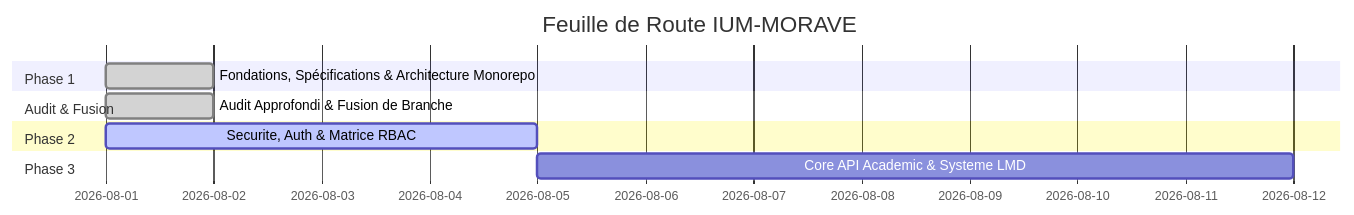
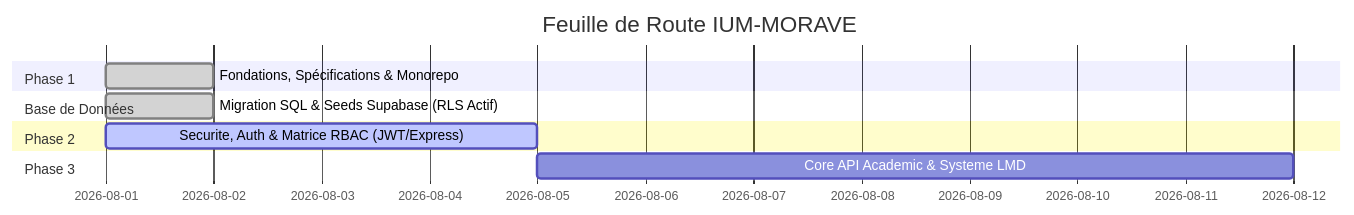
One commit to Adolphechris/IUM-MORAVE changed the diagram in TODO.md. Above: the diagram before and after it, drawn with Mermaid. The commit also changed other lines of this file, not shown here.

Commit message:
docs(db): confirmation du déploiement des migrations SQL et seeds sur Supabase avec RLS actif

````diff
--- a/TODO.md
+++ b/TODO.md
@@ -10,13 +10,13 @@
 ```mermaid
 gantt
     title Feuille de Route IUM-MORAVE
     dateFormat  YYYY-MM-DD
     section Phase 1
-    Fondations, Spécifications & Architecture Monorepo :done, 2026-08-01, 1d
-    section Audit & Fusion
-    Audit Approfondi & Fusion de Branche             :done, 2026-08-01, 1d
+    Fondations, Spécifications & Monorepo             :done, 2026-08-01, 1d
+    section Base de Données
+    Migration SQL & Seeds Supabase (RLS Actif)        :done, 2026-08-01, 1d
     section Phase 2
-    Securite, Auth & Matrice RBAC                   :active, 2026-08-01, 4d
+    Securite, Auth & Matrice RBAC (JWT/Express)       :active, 2026-08-01, 4d
     section Phase 3
-    Core API Academic & Systeme LMD                 : 2026-08-05, 7d
+    Core API Academic & Systeme LMD                   : 2026-08-05, 7d
 ```
````
